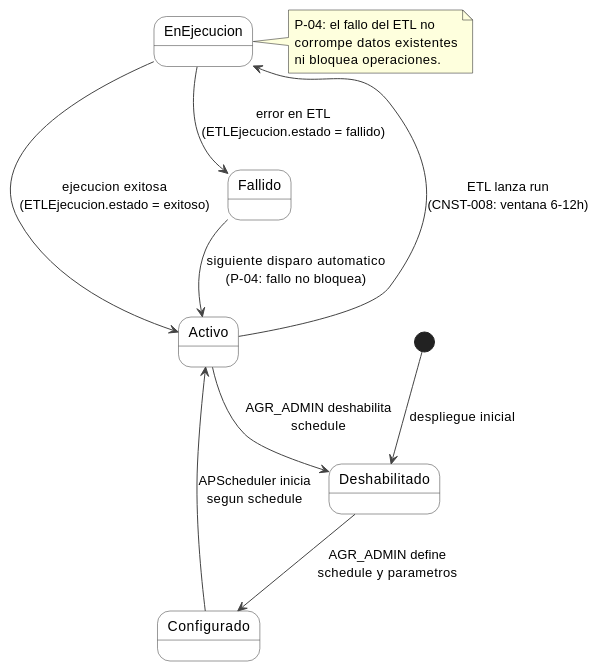
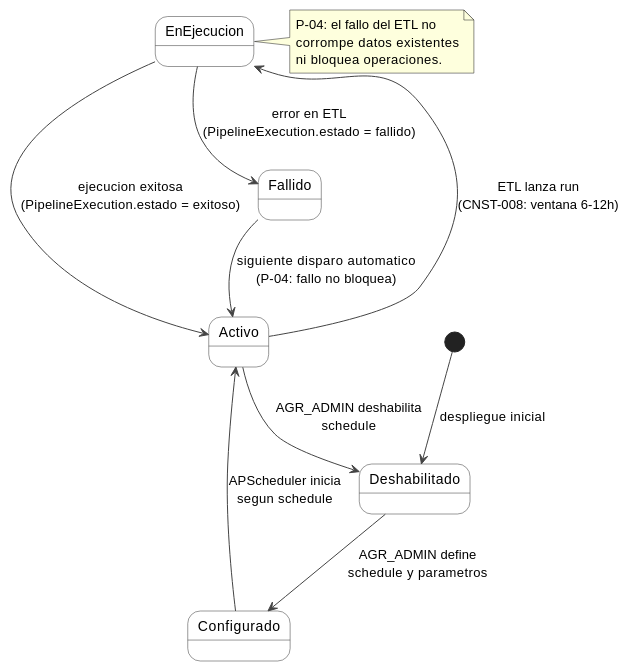
One commit to jcg-admin/IACT-docs changed the diagram in source/arquitectura-tecnica/operational-view/system-configuration.rst. Above: the diagram before and after it, drawn with PlantUML. The commit also changed other lines of this file and 96 other files, not shown here.

First line of the commit message:
Apply CNST-033: rename ETL→Pipeline in domain-model + sweep refs

```diff
--- a/source/arquitectura-tecnica/operational-view/system-configuration.rst
+++ b/source/arquitectura-tecnica/operational-view/system-configuration.rst
@@ -93,29 +93,29 @@
 .. uml::
  :caption: Figura — Estados de configuracion del pipeline ETL
 
  @startuml
 
  skinparam state {
    BackgroundColor White
    BorderColor #333333
  }
  skinparam ArrowColor #444444
  skinparam shadowing false
 
  [*] --> Deshabilitado : despliegue inicial
 
  Deshabilitado --> Configurado : AGR_ADMIN define\nschedule y parametros
  Configurado --> Activo : APScheduler inicia\nsegun schedule
  Activo --> EnEjecucion : ETL lanza run\n(CNST-008: ventana 6-12h)
- EnEjecucion --> Activo : ejecucion exitosa\n(ETLEjecucion.estado = exitoso)
- EnEjecucion --> Fallido : error en ETL\n(ETLEjecucion.estado = fallido)
+ EnEjecucion --> Activo : ejecucion exitosa\n(PipelineExecution.estado = exitoso)
+ EnEjecucion --> Fallido : error en ETL\n(PipelineExecution.estado = fallido)
  Fallido --> Activo : siguiente disparo automatico\n(P-04: fallo no bloquea)
  Activo --> Deshabilitado : AGR_ADMIN deshabilita\nschedule
 
  note right of EnEjecucion
    P-04: el fallo del ETL no
    corrompe datos existentes
    ni bloquea operaciones.
  end note
 
  @enduml
```
